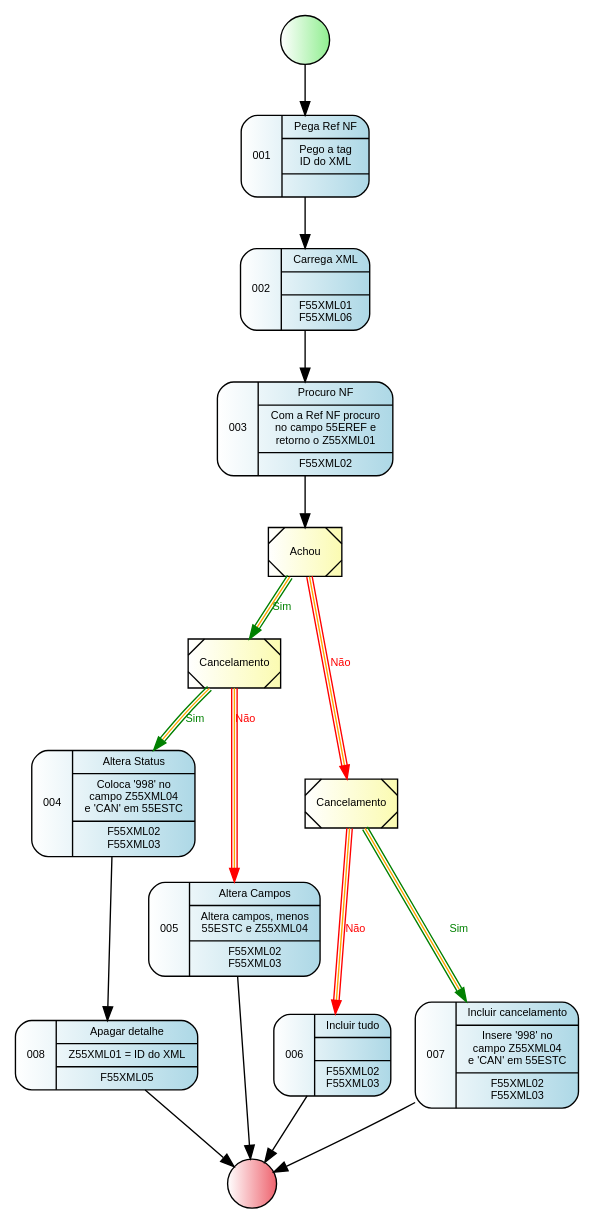
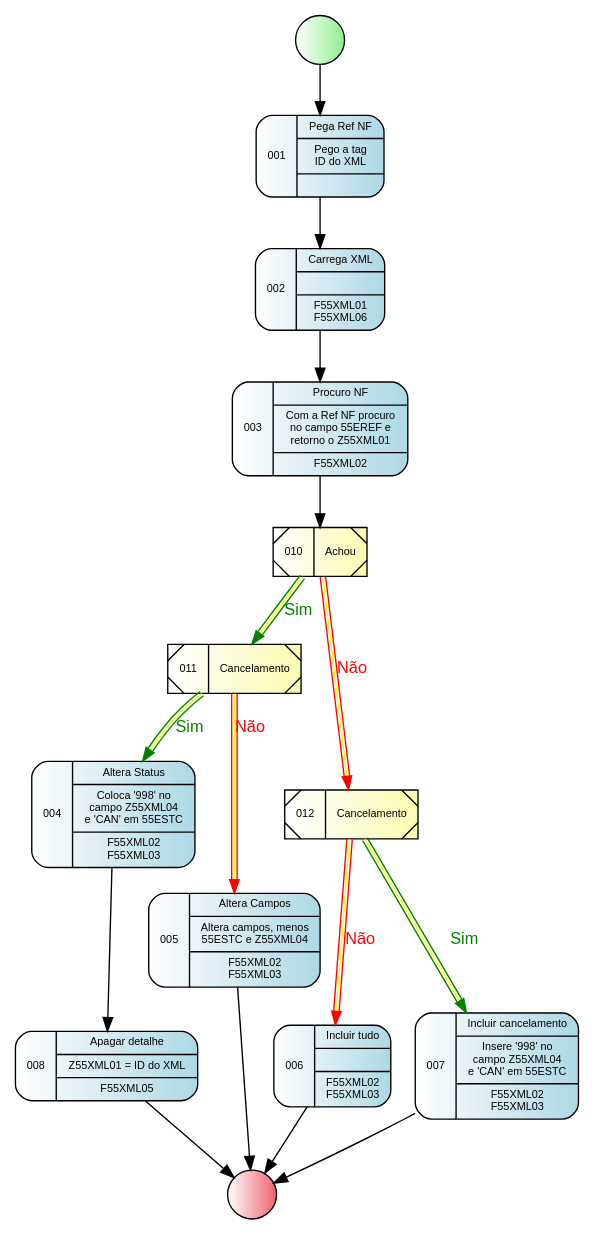
The diagram in XML Process.gv (GiovaniPM/Graphs), drawn with Graphviz before and after one commit. The commit also changed 1 other file, not shown here.

```diff
--- a/XML Process.gv
+++ b/XML Process.gv
@@ -1,117 +1,117 @@
 digraph R {
     nodeini [
                 shape=circle,
                 style="filled",
                 fillcolor="white:lightgreen",
                 label=""
             ]
     node001 [
                 fontname = "Arial",
                 fontsize = 8,
                 shape=record,
                 style="rounded,filled",
                 fillcolor="white:lightblue"
                 label="001|{Pega Ref NF|Pego a tag\n ID do XML|}"
             ]
     node002 [
                 fontname = "Arial",
                 fontsize = 8,
                 shape=record,
                 style="rounded,filled",
                 fillcolor="white:lightblue"
                 label="002|{Carrega XML||F55XML01\nF55XML06}"
             ]
     node003 [
                 fontname = "Arial",
                 fontsize = 8,
                 shape=record,
                 style="rounded,filled",
                 fillcolor="white:lightblue"
                 label="003|{Procuro NF|Com a Ref NF procuro\nno campo 55EREF e\nretorno o Z55XML01|F55XML02}"
             ]
     node004 [
                 fontname = "Arial",
                 fontsize = 8,
                 shape=record,
                 style="rounded,filled",
                 fillcolor="white:lightblue"
                 label="004|{Altera Status|Coloca '998' no\ncampo Z55XML04\ne 'CAN' em 55ESTC|F55XML02\nF55XML03}"
             ]
     node005 [
                 fontname = "Arial",
                 fontsize = 8,
                 shape=record,
                 style="rounded,filled",
                 fillcolor="white:lightblue"
                 label="005|{Altera Campos|Altera campos, menos\n55ESTC e Z55XML04|F55XML02\nF55XML03}"
             ]
     node006 [
                 fontname = "Arial",
                 fontsize = 8,
                 shape=record,
                 style="rounded,filled",
                 fillcolor="white:lightblue"
                 label="006|{Incluir tudo||F55XML02\nF55XML03}"
             ]
     node007 [
                 fontname = "Arial",
                 fontsize = 8,
                 shape=record,
                 style="rounded,filled",
                 fillcolor="white:lightblue"
                 label="007|{Incluir cancelamento|Insere '998' no\ncampo Z55XML04\ne 'CAN' em 55ESTC|F55XML02\nF55XML03}"
             ]
     node008 [
                 fontname = "Arial",
                 fontsize = 8,
                 shape=record,
                 style="rounded,filled",
                 fillcolor="white:lightblue"
                 label="008|{Apagar detalhe|Z55XML01 = ID do XML|F55XML05}"
             ]
     node010 [
                 fontname = "Arial",
                 fontsize = 8,
                 shape=record,
                 style="diagonals,filled",
                 fillcolor="white:#fbfbb1"
-                label="Achou"
+                label="010|Achou"
             ]
     node011 [
                 fontname = "Arial",
                 fontsize = 8,
                 shape=record,
                 style="diagonals,filled",
                 fillcolor="white:#fbfbb1"
-                label="Cancelamento"
+                label="011|Cancelamento"
             ]
     node012 [
                 fontname = "Arial",
                 fontsize = 8,
                 shape=record,
                 style="diagonals,filled",
                 fillcolor="white:#fbfbb1"
-                label="Cancelamento"
+                label="012|Cancelamento"
             ]
     nodefin [
                 shape=circle,
                 style="filled",
                 fillcolor="white:#ee636e",
                 label=""
             ]
     nodeini -> node001
     node001 -> node002
     node002 -> node003
     node003 -> node010
-    node010 -> node011 [fontname = "Arial", fontsize = 8, fontcolor="green", color="green:orange:green", label="Sim"]
-    node010 -> node012 [fontname = "Arial", fontsize = 8, fontcolor="red", color="red:orange:red", label="Não"]
-    node011 -> node004 [fontname = "Arial", fontsize = 8, fontcolor="green", color="green:orange:green", label="Sim"]
-    node011 -> node005 [fontname = "Arial", fontsize = 8, fontcolor="red", color="red:orange:red", label="Não"]
+    node010 -> node011 [fontname = "Arial", fontsize = 12, fontcolor="green", color="green:yellow:green", label="Sim"]
+    node010 -> node012 [fontname = "Arial", fontsize = 12, fontcolor="red", color="red:yellow:red", label="Não"]
+    node011 -> node004 [fontname = "Arial", fontsize = 12, fontcolor="green", color="green:yellow:green", label="Sim"]
+    node011 -> node005 [fontname = "Arial", fontsize = 12, fontcolor="red", color="red:yellow:red", label="Não"]
     node004 -> node008
-    node012 -> node007 [fontname = "Arial", fontsize = 8, fontcolor="green", color="green:orange:green", label="Sim"]
-    node012 -> node006 [fontname = "Arial", fontsize = 8, fontcolor="red", color="red:orange:red", label="Não"]
+    node012 -> node007 [fontname = "Arial", fontsize = 12, fontcolor="green", color="green:yellow:green", label="Sim"]
+    node012 -> node006 [fontname = "Arial", fontsize = 12, fontcolor="red", color="red:yellow:red", label="Não"]
     node008 -> nodefin
     node006 -> nodefin
     node005 -> nodefin
     node007 -> nodefin
 }
```
